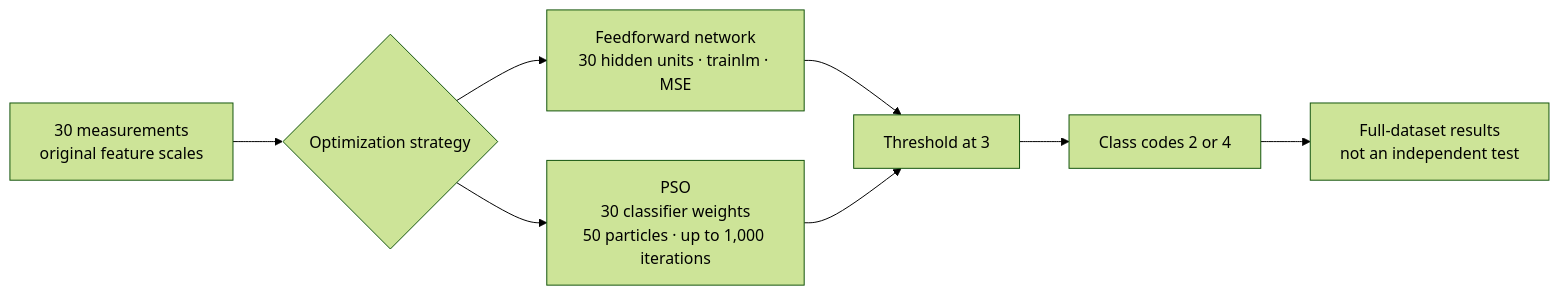
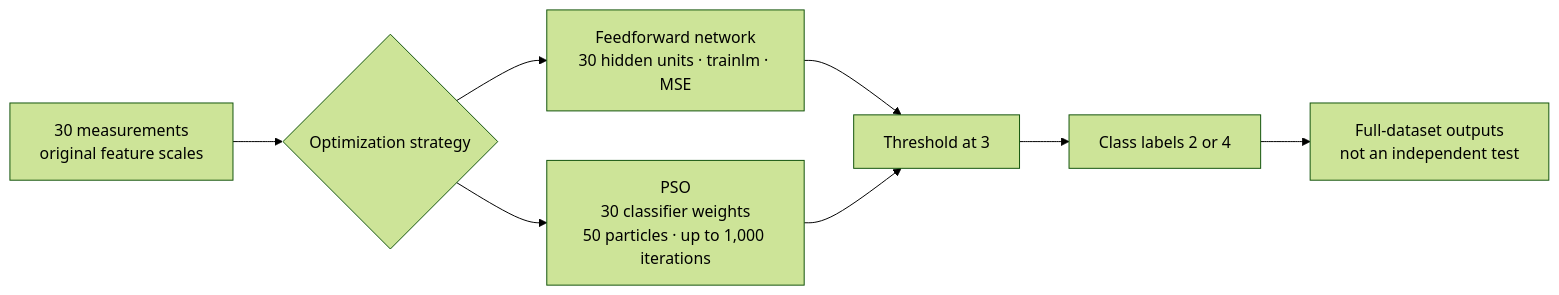
The first of 2 diagrams in README.md (mlmdc/PSO_NN_bc), drawn with Mermaid (forest theme) before and after one commit. The commit also changed other lines of this file, not shown here.

````diff
--- a/README.md
+++ b/README.md
@@ -57,10 +57,10 @@
 ```mermaid
 flowchart LR
     A["30 measurements<br/>original feature scales"] --> B{"Optimization strategy"}
     B --> C["Feedforward network<br/>30 hidden units · trainlm · MSE"]
     B --> D["PSO<br/>30 classifier weights<br/>50 particles · up to 1,000 iterations"]
     C --> E["Threshold at 3"]
     D --> E
-    E --> F["Class codes 2 or 4"]
-    F --> G["Full-dataset results<br/>not an independent test"]
+    E --> F["Class labels 2 or 4"]
+    F --> G["Full-dataset outputs<br/>not an independent test"]
 ```
````
